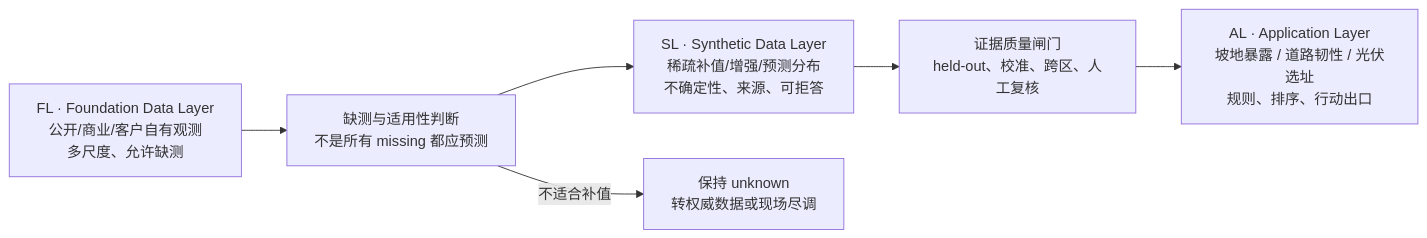
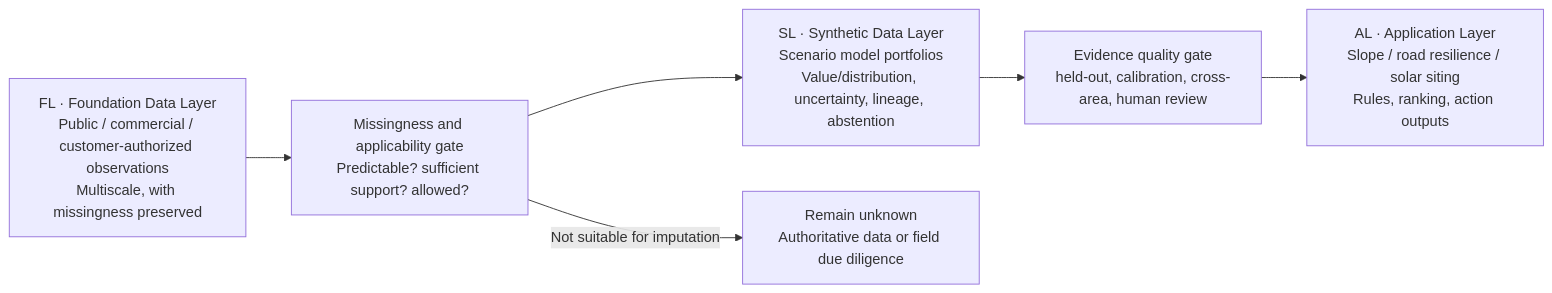
Before and after one commit to TsumiNa/terrai-spatial-intelligence: the diagram in docs/architecture/FL_SL_AL_CONCEPT.md, drawn with Mermaid. The commit also changed other lines of this file and 88 other files, not shown here.

````diff
--- a/docs/architecture/FL_SL_AL_CONCEPT.md
+++ b/docs/architecture/FL_SL_AL_CONCEPT.md
@@ -14,10 +13,10 @@
 ```mermaid
 flowchart LR
-    FL["FL · Foundation Data Layer<br/>公开/商业/客户自有观测<br/>多尺度、允许缺测"]
-    M["缺测与适用性判断<br/>不是所有 missing 都应预测"]
-    SL["SL · Synthetic Data Layer<br/>稀疏补值/增强/预测分布<br/>不确定性、来源、可拒答"]
-    G["证据质量闸门<br/>held-out、校准、跨区、人工复核"]
-    AL["AL · Application Layer<br/>坡地暴露 / 道路韧性 / 光伏选址<br/>规则、排序、行动出口"]
+    FL["FL · Foundation Data Layer<br/>Public / commercial / customer-authorized observations<br/>Multiscale, with missingness preserved"]
+    M["Missingness and applicability gate<br/>Predictable? sufficient support? allowed?"]
+    SL["SL · Synthetic Data Layer<br/>Scenario model portfolios<br/>Value/distribution, uncertainty, lineage, abstention"]
+    G["Evidence quality gate<br/>held-out, calibration, cross-area, human review"]
+    AL["AL · Application Layer<br/>Slope / road resilience / solar siting<br/>Rules, ranking, action outputs"]
     FL --> M --> SL --> G --> AL
-    M -->|"不适合补值"| U["保持 unknown<br/>转权威数据或现场尽调"]
+    M -->|"Not suitable for imputation"| U["Remain unknown<br/>Authoritative data or field due diligence"]
 ```
````
